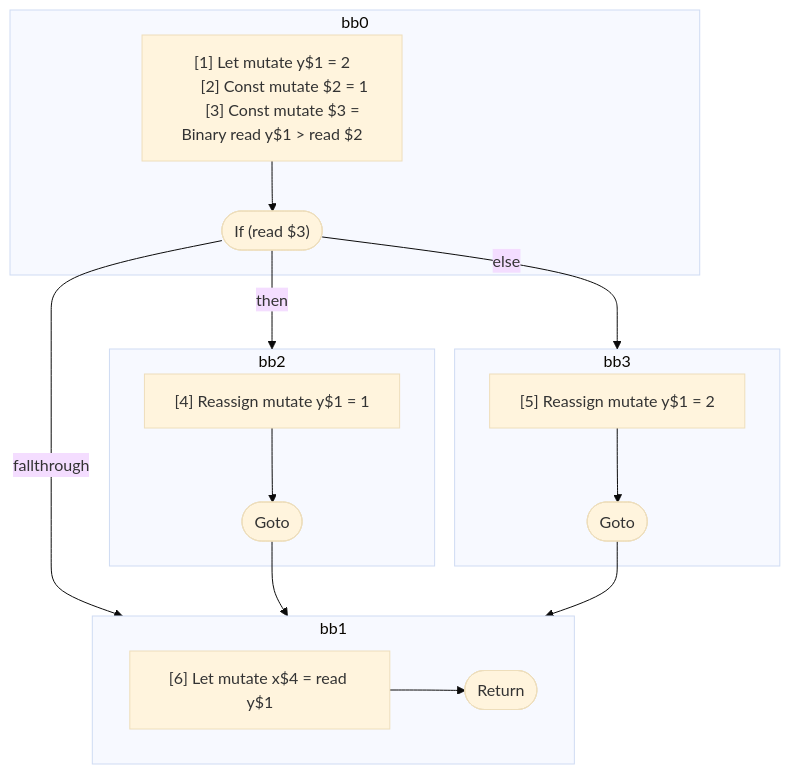
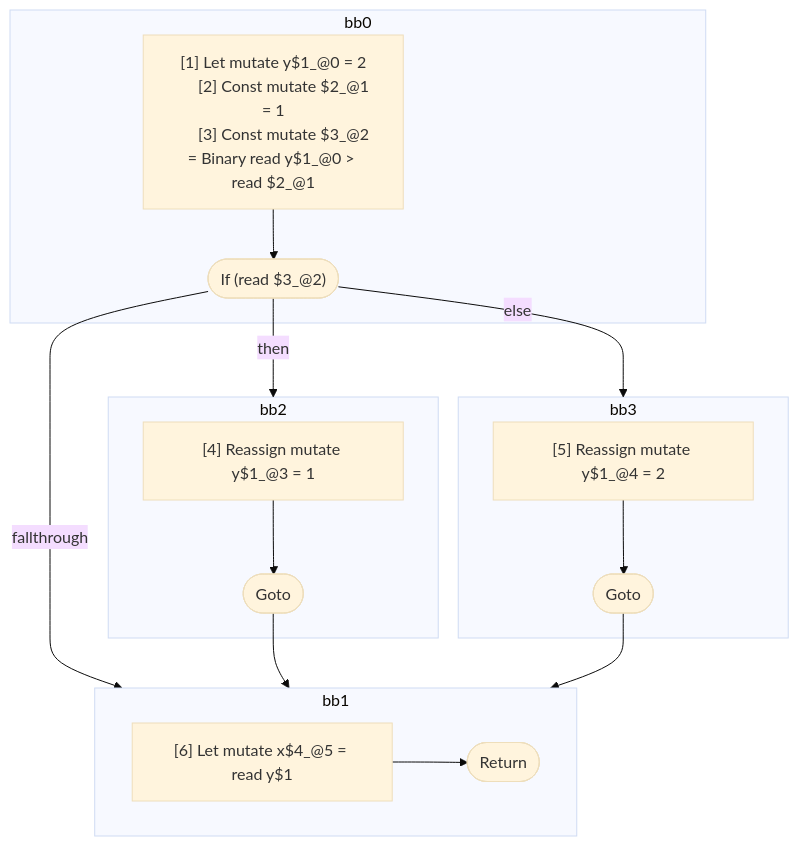
Before and after one commit to wutsmog/private: the diagram in compiler/forget/src/__tests__/fixtures/hir/ssa-simple-phi.expect.md, drawn with Mermaid (base theme). The commit also changed other lines of this file and 60 other files, not shown here.

````diff
--- a/compiler/forget/src/__tests__/fixtures/hir/ssa-simple-phi.expect.md
+++ b/compiler/forget/src/__tests__/fixtures/hir/ssa-simple-phi.expect.md
@@ -43,38 +43,38 @@
 ```mermaid
 flowchart TB
   %% Basic Blocks
   subgraph bb0
     bb0_instrs["
-      [1] Let mutate y$1 = 2
-      [2] Const mutate $2 = 1
-      [3] Const mutate $3 = Binary read y$1 > read $2
+      [1] Let mutate y$1_@0 = 2
+      [2] Const mutate $2_@1 = 1
+      [3] Const mutate $3_@2 = Binary read y$1_@0 > read $2_@1
     "]
-    bb0_instrs --> bb0_terminal(["If (read $3)"])
+    bb0_instrs --> bb0_terminal(["If (read $3_@2)"])
   end
   subgraph bb2
     bb2_instrs["
-      [4] Reassign mutate y$1 = 1
+      [4] Reassign mutate y$1_@3 = 1
     "]
     bb2_instrs --> bb2_terminal(["Goto"])
   end
   subgraph bb3
     bb3_instrs["
-      [5] Reassign mutate y$1 = 2
+      [5] Reassign mutate y$1_@4 = 2
     "]
     bb3_instrs --> bb3_terminal(["Goto"])
   end
   subgraph bb1
     bb1_instrs["
-      [6] Let mutate x$4 = read y$1
+      [6] Let mutate x$4_@5 = read y$1
     "]
     bb1_instrs --> bb1_terminal(["Return"])
   end
 
   %% Jumps
   bb0_terminal -- then --> bb2
   bb0_terminal -- else --> bb3
   bb0_terminal -- fallthrough --> bb1
   bb2_terminal --> bb1
   bb3_terminal --> bb1
 
 ```
````
